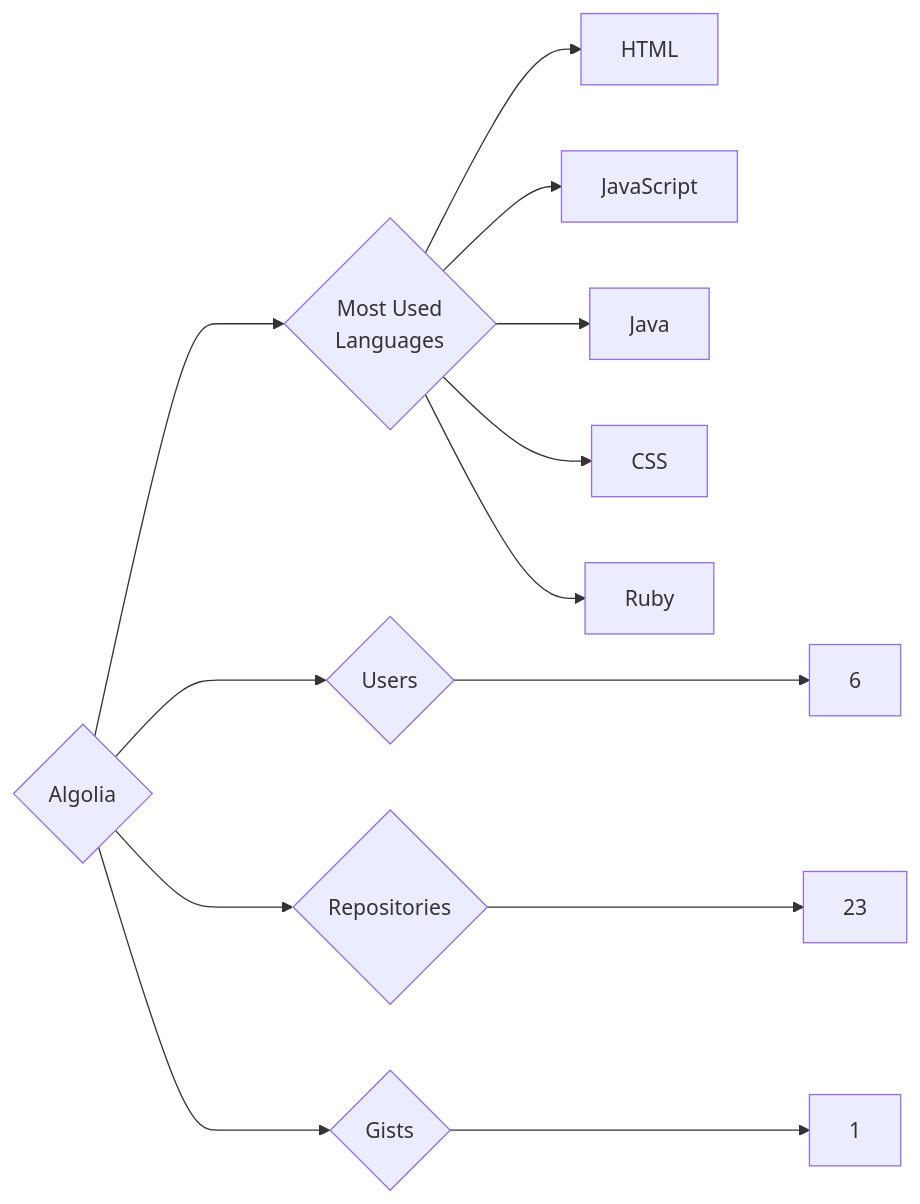
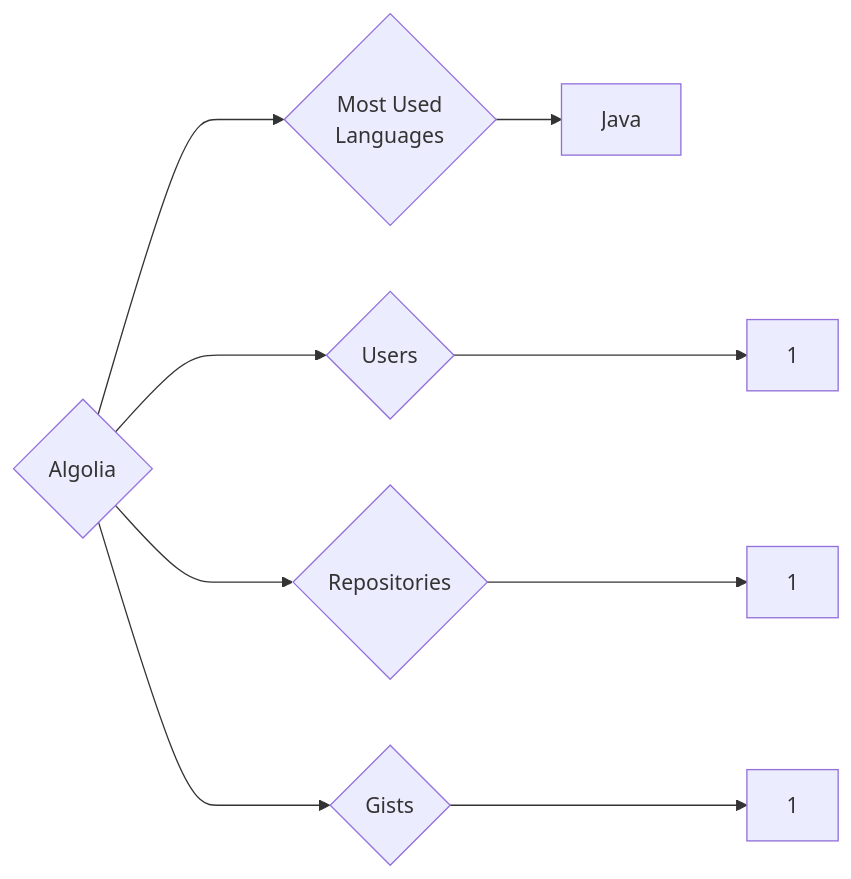
The diagram in targets/Algolia/README.md (trickest/insiders), drawn with Mermaid before and after one commit. The commit also changed 1089 other files, not shown here.

````diff
--- a/targets/Algolia/README.md
+++ b/targets/Algolia/README.md
@@ -3,13 +3,9 @@
 ```mermaid
 graph LR
 COMPANY_NAME{Algolia}
-COMPANY_NAME ---> U{Users} ---> UN[6]
-COMPANY_NAME ---> R{Repositories} ---> RN[23]
+COMPANY_NAME ---> U{Users} ---> UN[1]
+COMPANY_NAME ---> R{Repositories} ---> RN[1]
 COMPANY_NAME ---> G{Gists} ---> GN[1]
 COMPANY_NAME ---> ML{Most Used<br>Languages}
-ML --> HTML[HTML]
-ML --> JavaScript[JavaScript]
 ML --> Java[Java]
-ML --> CSS[CSS]
-ML --> Ruby[Ruby]
 ```
````
